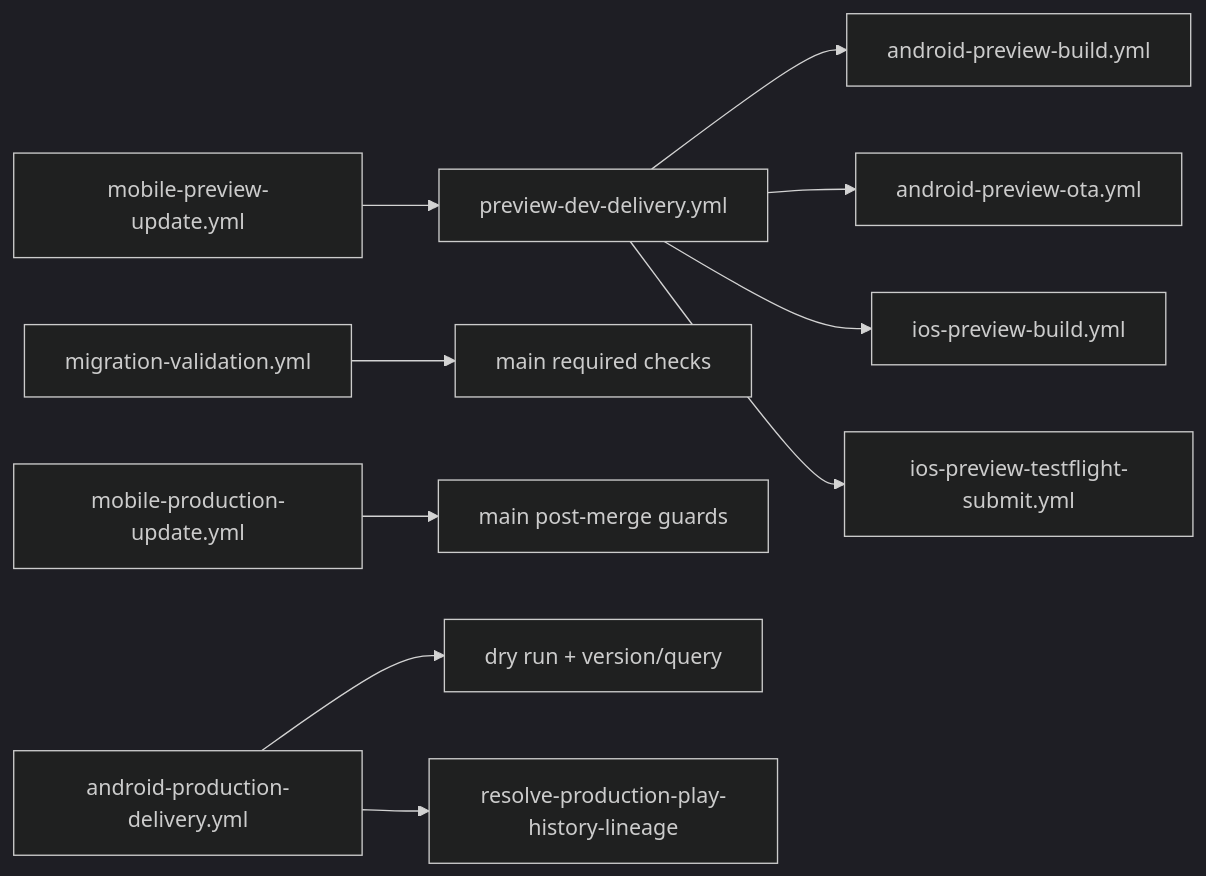
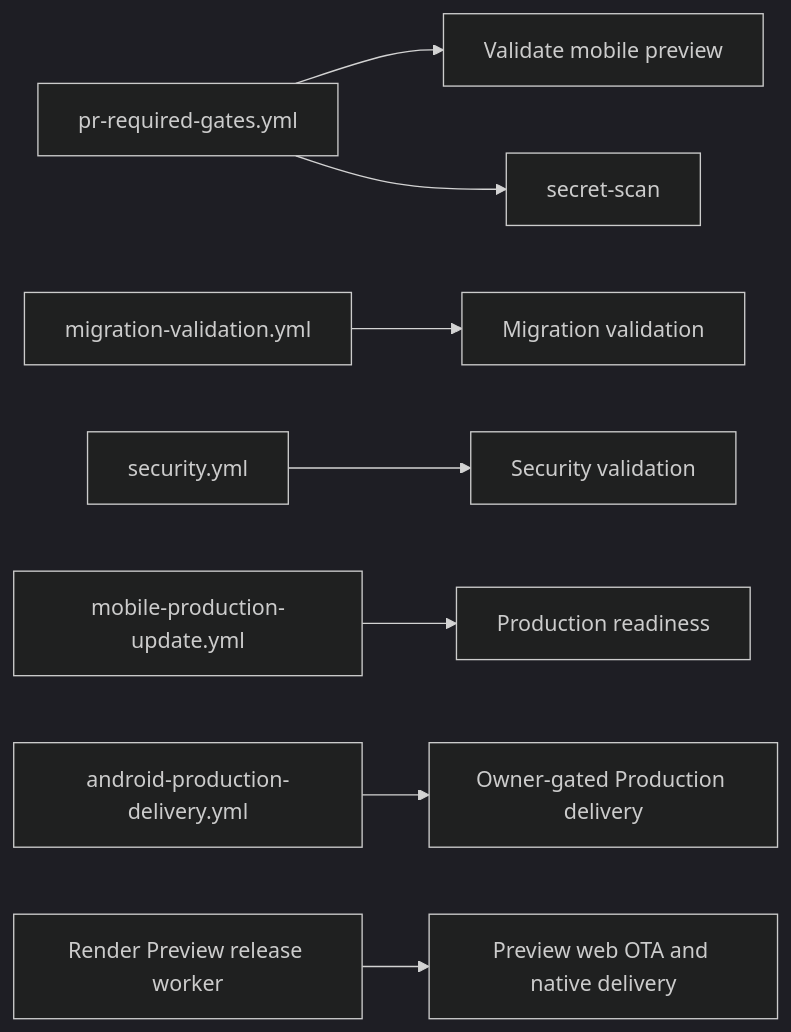
One commit to Zentric-Analytics/Kurioticket.com changed the diagram in docs/architecture/diagrams/workflow-dependency-graph.mmd. Above: the diagram before and after it, drawn with Mermaid (dark theme). The commit also changed 31 other files, not shown here.

Commit message:
feat(preview): replace Actions delivery with release service

```diff
--- a/docs/architecture/diagrams/workflow-dependency-graph.mmd
+++ b/docs/architecture/diagrams/workflow-dependency-graph.mmd
@@ -1,10 +1,8 @@
 flowchart LR
-  A[preview-dev-delivery.yml] --> B[android-preview-build.yml]
-  A --> C[android-preview-ota.yml]
-  A --> D[ios-preview-build.yml]
-  A --> E[ios-preview-testflight-submit.yml]
-  F[mobile-preview-update.yml] --> A
-  G[migration-validation.yml] --> H[main required checks]
-  I[mobile-production-update.yml] --> J[main post-merge guards]
-  K[android-production-delivery.yml] --> L[dry run + version/query]
-  K --> M[resolve-production-play-history-lineage]
+  A[pr-required-gates.yml] --> B[Validate mobile preview]
+  A --> C[secret-scan]
+  D[migration-validation.yml] --> E[Migration validation]
+  F[security.yml] --> G[Security validation]
+  H[mobile-production-update.yml] --> I[Production readiness]
+  J[android-production-delivery.yml] --> K[Owner-gated Production delivery]
+  L[Render Preview release worker] --> M[Preview web OTA and native delivery]
```
